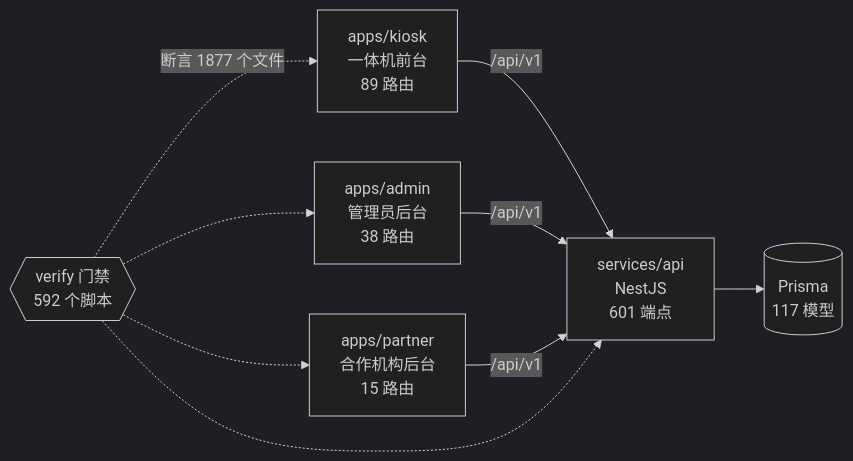
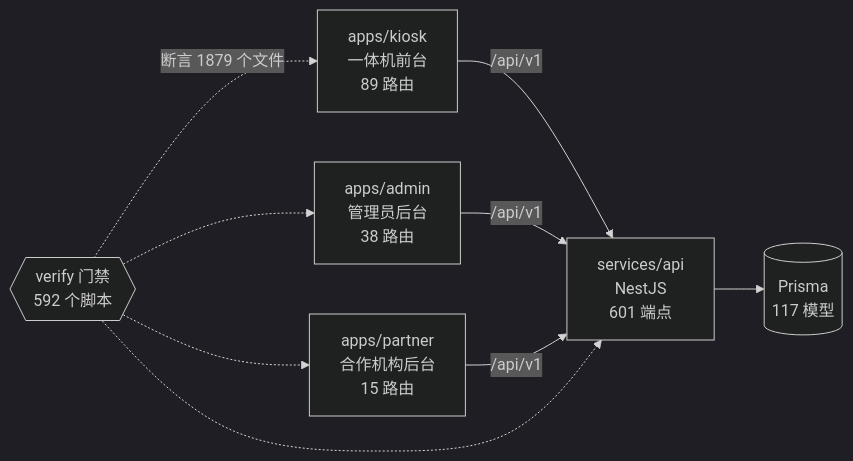
Before and after one commit to wanglei581/YITIJI: the diagram in docs/graph/README.md, drawn with Mermaid (dark theme). The commit also changed other lines of this file and 7 other files, not shown here.

````diff
--- a/docs/graph/README.md
+++ b/docs/graph/README.md
@@ -68,18 +68,18 @@
 ```mermaid
 flowchart LR
   kiosk["apps/kiosk<br/>一体机前台<br/>89 路由"]
   admin["apps/admin<br/>管理员后台<br/>38 路由"]
   partner["apps/partner<br/>合作机构后台<br/>15 路由"]
   api["services/api<br/>NestJS<br/>601 端点"]
   db[("Prisma<br/>117 模型")]
   gates{{"verify 门禁<br/>592 个脚本"}}
 
   kiosk -->|"/api/v1"| api
   admin -->|"/api/v1"| api
   partner -->|"/api/v1"| api
   api --> db
-  gates -.->|"断言 1877 个文件"| kiosk
+  gates -.->|"断言 1879 个文件"| kiosk
   gates -.-> admin
   gates -.-> partner
   gates -.-> api
 ```
````
